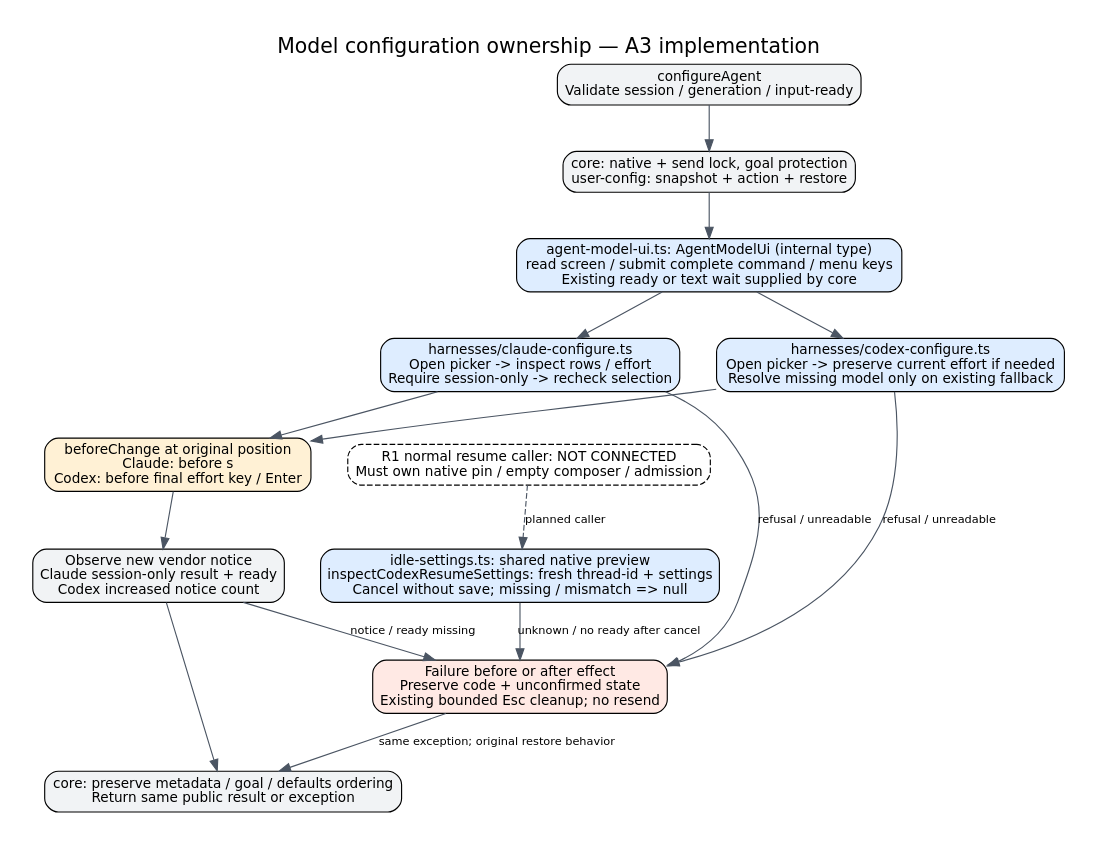
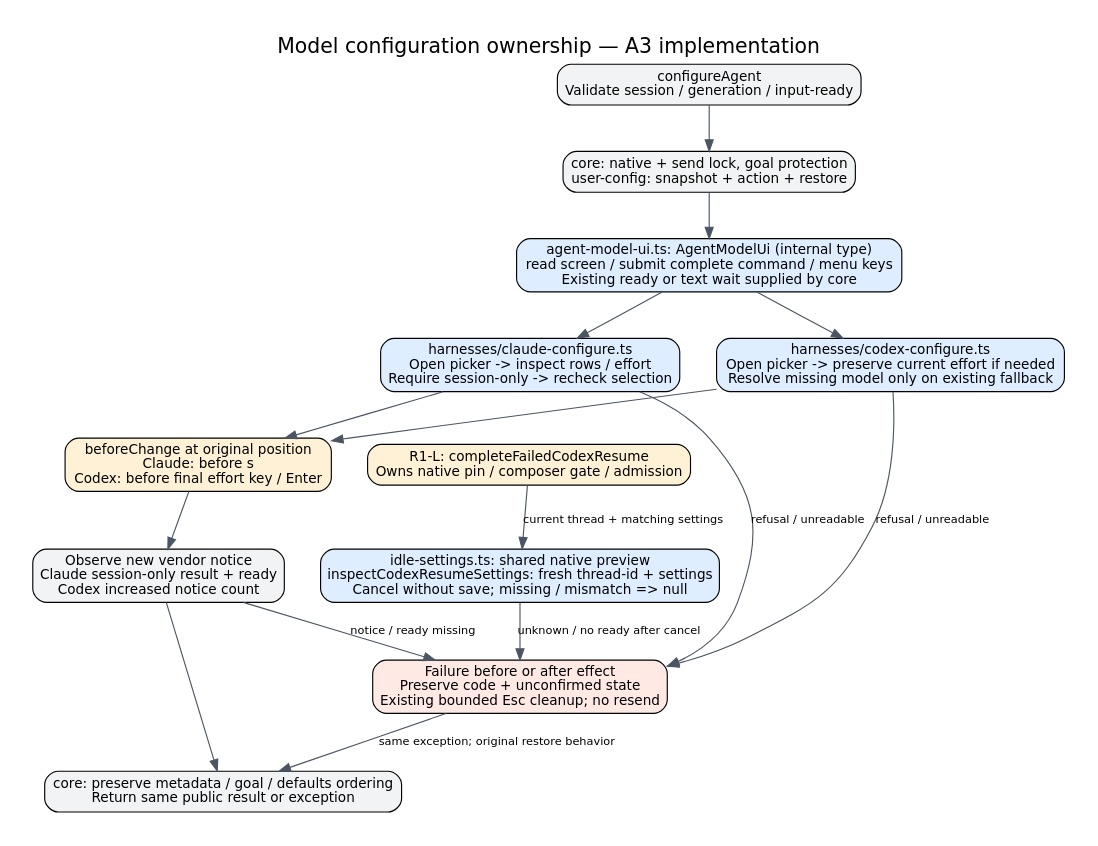
Before and after one commit to kitepon/aiterm-mcp: the diagram in docs/architecture/model-configuration.dot, drawn with Graphviz. The commit also changed 3 other files, not shown here.

Commit message:
docs: connect same-native resume to the settings preview map

```diff
--- a/docs/architecture/model-configuration.dot
+++ b/docs/architecture/model-configuration.dot
@@ -1,30 +1,30 @@
 digraph configuration {
  graph [rankdir=TB,bgcolor="white",pad=0.3,nodesep=0.45,ranksep=0.55,fontname="DejaVu Sans",fontsize=18,label="Model configuration ownership — A3 implementation",labelloc=t];
  node [shape=box,style="rounded,filled",fillcolor="#f1f3f5",fontname="DejaVu Sans",fontsize=12];
  edge [fontname="DejaVu Sans",fontsize=10,color="#4b5563"];
  request [label="configureAgent\nValidate session / generation / input-ready"];
  lock [label="core: native + send lock, goal protection\nuser-config: snapshot + action + restore"];
  port [label="agent-model-ui.ts: AgentModelUi (internal type)\nread screen / submit complete command / menu keys\nExisting ready or text wait supplied by core",fillcolor="#deedff"];
  claude [label="harnesses/claude-configure.ts\nOpen picker -> inspect rows / effort\nRequire session-only -> recheck selection",fillcolor="#deedff"];
  codex [label="harnesses/codex-configure.ts\nOpen picker -> preserve current effort if needed\nResolve missing model only on existing fallback",fillcolor="#deedff"];
  sideeffect [label="beforeChange at original position\nClaude: before s\nCodex: before final effort key / Enter",fillcolor="#fff1d5"];
  observe [label="Observe new vendor notice\nClaude session-only result + ready\nCodex increased notice count"];
  result [label="core: preserve metadata / goal / defaults ordering\nReturn same public result or exception"];
  failure [label="Failure before or after effect\nPreserve code + unconfirmed state\nExisting bounded Esc cleanup; no resend",fillcolor="#ffe9e4"];
  preview [label="idle-settings.ts: shared native preview\ninspectCodexResumeSettings: fresh thread-id + settings\nCancel without save; missing / mismatch => null",fillcolor="#deedff"];
- repair [label="R1 normal resume caller: NOT CONNECTED\nMust own native pin / empty composer / admission",style="rounded,dashed",fillcolor="#fff1d5"];
- repair -> preview [style=dashed,label="planned caller"];
+ repair [label="R1-L: completeFailedCodexResume\nOwns native pin / composer gate / admission",style="rounded,filled",fillcolor="#fff1d5"];
+ repair -> preview [label="current thread + matching settings"];
  preview -> failure [label="unknown / no ready after cancel"];
  request -> lock;
  lock -> port;
  port -> claude;
  port -> codex;
  claude -> sideeffect;
  codex -> sideeffect;
  sideeffect -> observe;
  observe -> result;
  claude -> failure [label="refusal / unreadable"];
  codex -> failure [label="refusal / unreadable"];
  observe -> failure [label="notice / ready missing"];
  failure -> result [label="same exception; original restore behavior"];
 }
```
